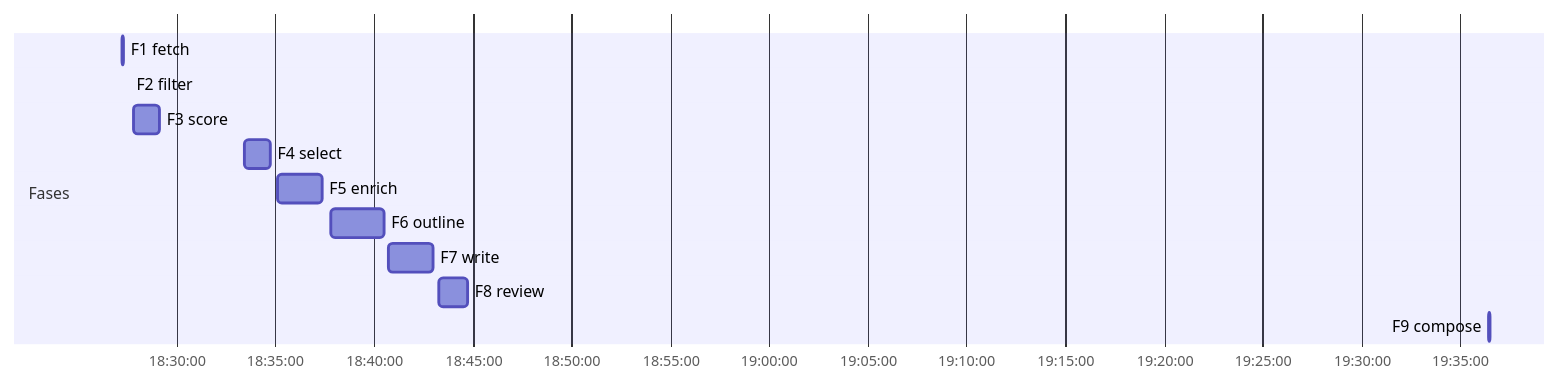
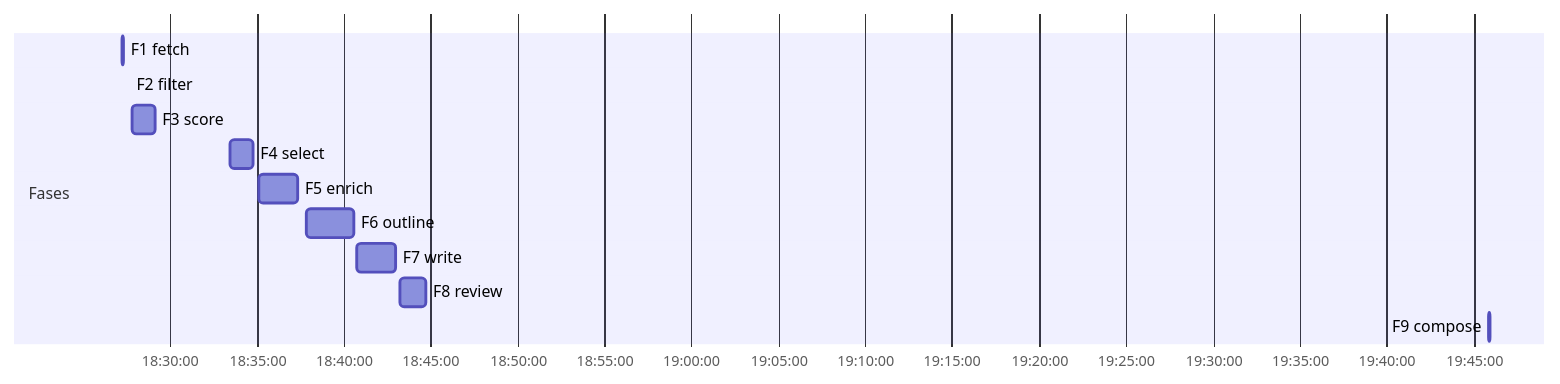
The third of 3 diagrams in editions/2026-07-29/report.md (Paumen/Zonzijde), drawn with Mermaid before and after one commit. The commit also changed other lines of this file and 4 other files, not shown here.

````diff
--- a/editions/2026-07-29/report.md
+++ b/editions/2026-07-29/report.md
@@ -113,15 +113,15 @@
 ```mermaid
 gantt
     dateFormat YYYY-MM-DD HH:mm:ss
     axisFormat %H:%M:%S
     section Fases
     F1 fetch :2026-07-28 18:27:14, 5s
     F2 filter :2026-07-28 18:27:37, 1s
     F3 score :2026-07-28 18:27:49, 79s
     F4 select :2026-07-28 18:33:27, 79s
     F5 enrich :2026-07-28 18:35:08, 134s
     F6 outline :2026-07-28 18:37:48, 164s
     F7 write :2026-07-28 18:40:45, 132s
     F8 review :2026-07-28 18:43:15, 88s
-    F9 compose :2026-07-28 19:36:28, 3s
+    F9 compose :2026-07-28 19:45:54, 3s
 ```
````
